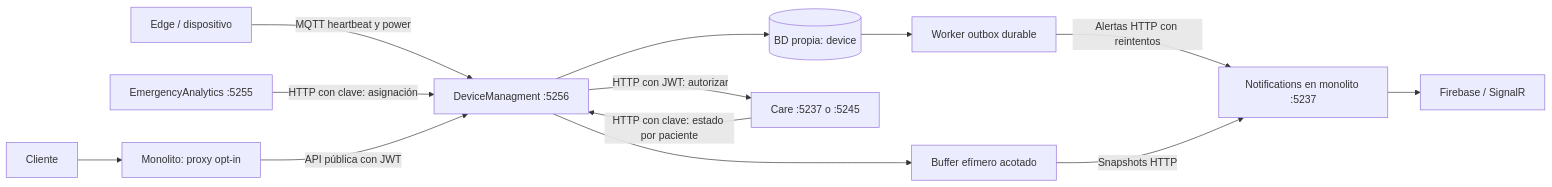
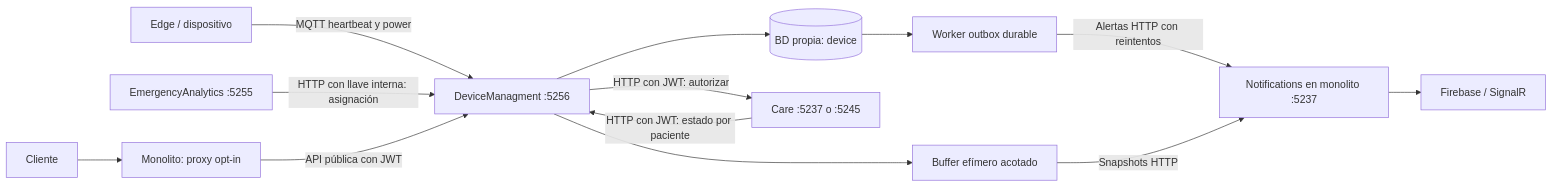
Before and after one commit to foll-project/Foll_Microservicio-DeviceManagment: the diagram in README.md, drawn with Mermaid. The commit also changed other lines of this file and 26 other files, not shown here.

````diff
--- a/README.md
+++ b/README.md
@@ -13,15 +34,15 @@
 ```mermaid
 flowchart LR
     Edge[Edge / dispositivo] -->|MQTT heartbeat y power| Devices[DeviceManagment :5256]
     Devices --> DB[(BD propia: device)]
     Devices -->|HTTP con JWT: autorizar| Care[Care :5237 o :5245]
-    Care -->|HTTP con clave: estado por paciente| Devices
-    Emergency[EmergencyAnalytics :5255] -->|HTTP con clave: asignación| Devices
+    Care -->|HTTP con JWT: estado por paciente| Devices
+    Emergency[EmergencyAnalytics :5255] -->|HTTP con llave interna: asignación| Devices
     DB --> Outbox[Worker outbox durable]
     Outbox -->|Alertas HTTP con reintentos| Notifications[Notifications en monolito :5237]
     Devices --> Buffer[Buffer efímero acotado]
     Buffer -->|Snapshots HTTP| Notifications
     Notifications --> Push[Firebase / SignalR]
     Client[Cliente] --> Proxy[Monolito: proxy opt-in]
     Proxy -->|API pública con JWT| Devices
 ```
````
